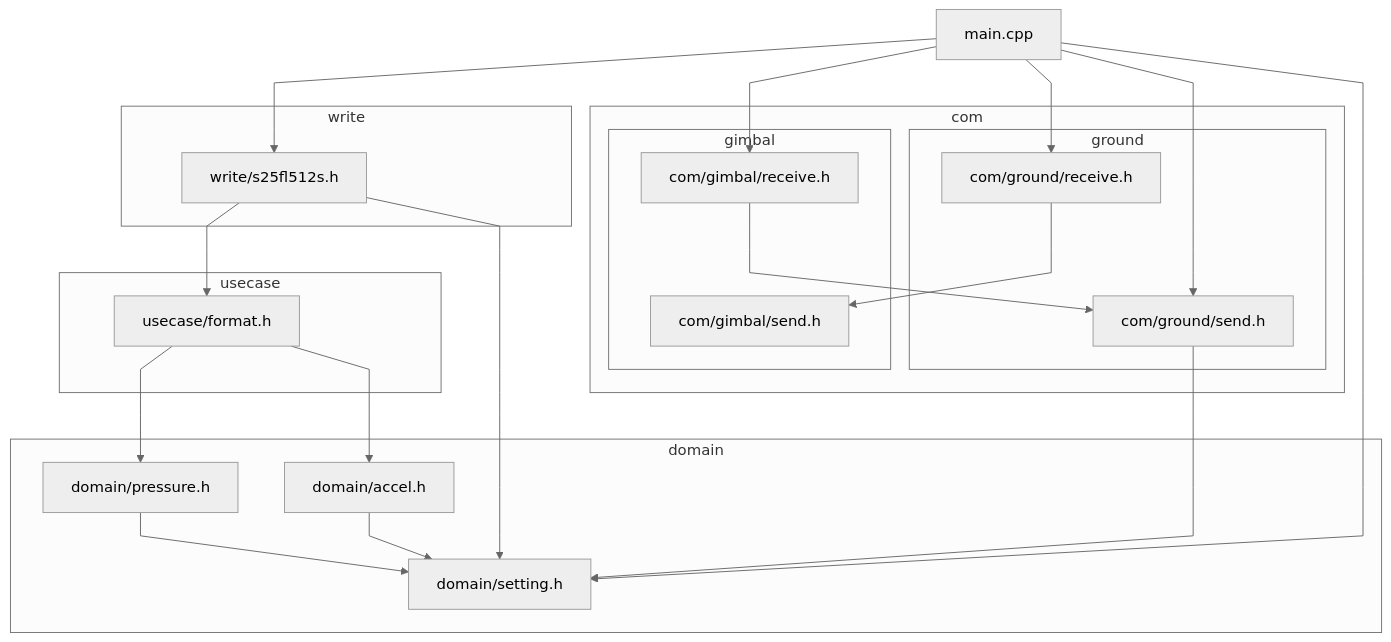
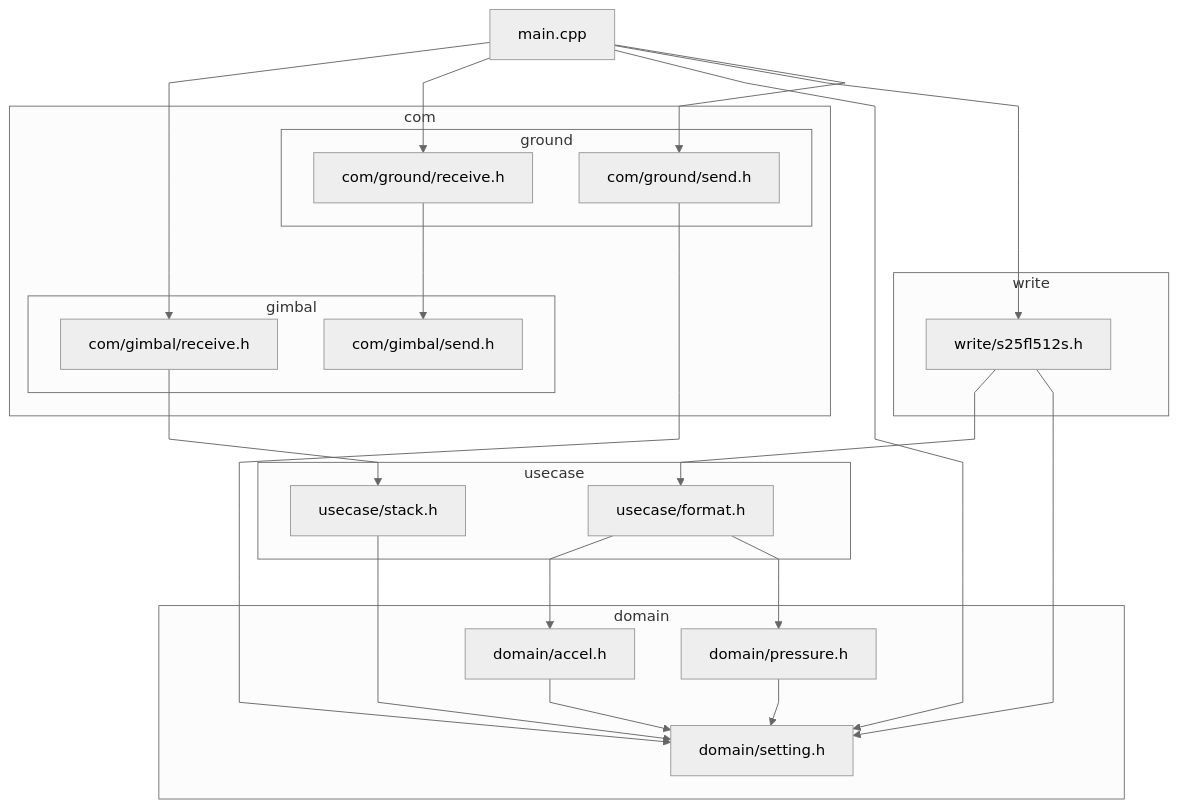
The fourth of 4 diagrams in README.md (CREATE-ROCKET/Avi_73J_RtdBoard), drawn with Mermaid (neutral theme) before and after one commit. The commit also changed 3 other files, not shown here.

````diff
--- a/README.md
+++ b/README.md
@@ -120,40 +120,42 @@
 ```mermaid
 %%{ init: { 'flowchart': { 'curve': 'linear' } } }%%
 
 graph TD
     subgraph domain
         A
         C
         D
     end
     subgraph usecase
         B
+        K
     end
     subgraph write
         E
     end
     subgraph com
         subgraph ground
             F
             I
         end
         subgraph gimbal
             G
             H
         end
     end
     B[usecase/format.h] --> A[domain/accel.h]
     B[usecase/format.h] --> C[domain/pressure.h]
     C --> D[domain/setting.h]
     A --> D
     E[write/s25fl512s.h] --> B
     E[write/s25fl512s.h] --> D
     F[com/ground/send.h] --> D
     I[com/ground/receive.h] --> G[com/gimbal/send.h]
-    H[com/gimbal/receive.h] --> F
+    H[com/gimbal/receive.h] --> K[usecase/stack.h]
     J[main.cpp] --> H
     J[main.cpp] --> I
     J[main.cpp] --> D
     J[main.cpp] --> E
     J[main.cpp] --> F
+    K[usecase/stack.h] --> D    
 ```
````
